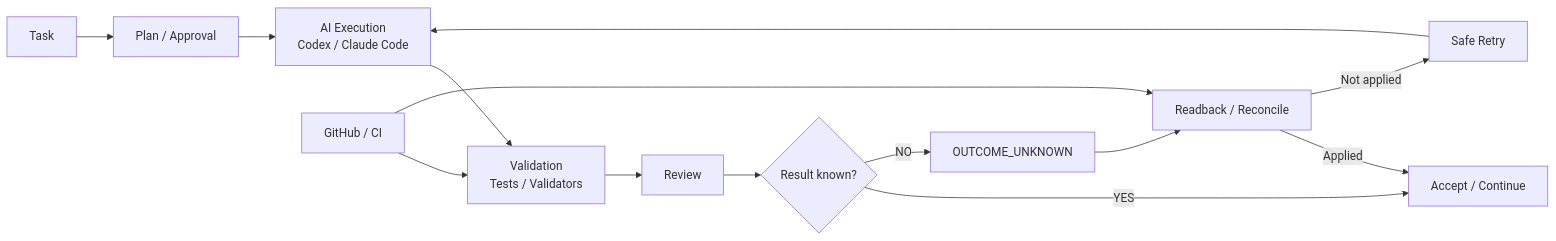
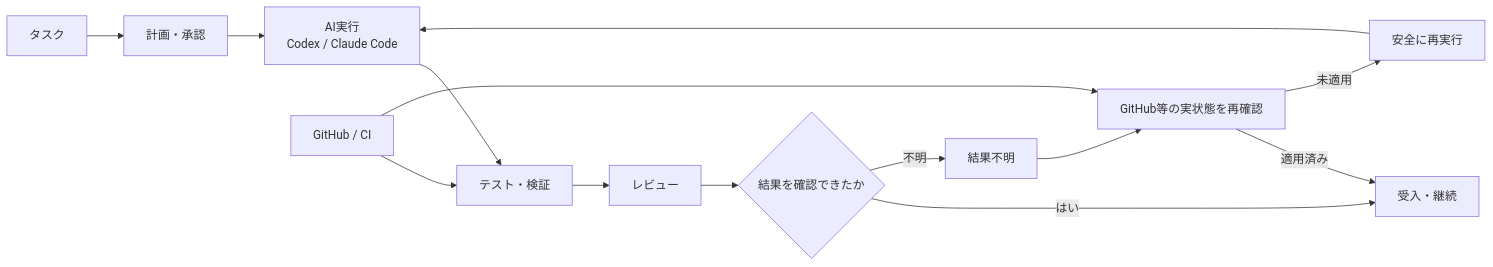
The diagram in projects/01_ai_development_foundation.md (hiromi1992/ai-engineering-portfolio), drawn with Mermaid before and after one commit. The commit also changed other lines of this file, not shown here.

````diff
--- a/projects/01_ai_development_foundation.md
+++ b/projects/01_ai_development_foundation.md
@@ -15,17 +15,17 @@
 ```mermaid
 flowchart LR
-    A[Task] --> B[Plan / Approval]
-    B --> C[AI Execution\nCodex / Claude Code]
-    C --> D[Validation\nTests / Validators]
-    D --> E[Review]
-    E --> F{Result known?}
-    F -->|YES| G[Accept / Continue]
-    F -->|NO| H[OUTCOME_UNKNOWN]
-    H --> I[Readback / Reconcile]
-    I -->|Applied| G
-    I -->|Not applied| J[Safe Retry]
+    A[タスク] --> B[計画・承認]
+    B --> C[AI実行\nCodex / Claude Code]
+    C --> D[テスト・検証]
+    D --> E[レビュー]
+    E --> F{結果を確認できたか}
+    F -->|はい| G[受入・継続]
+    F -->|不明| H[結果不明]
+    H --> I[GitHub等の実状態を再確認]
+    I -->|適用済み| G
+    I -->|未適用| J[安全に再実行]
     J --> C
 
     K[GitHub / CI] --> D
     K --> I
 ```
````
